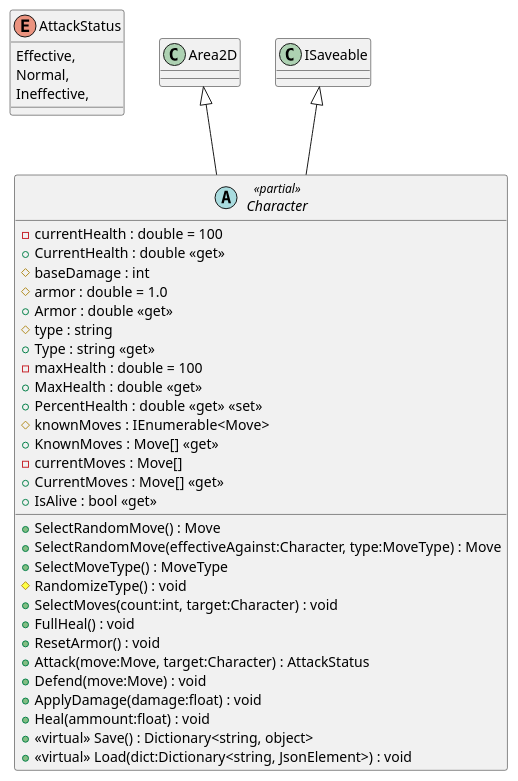
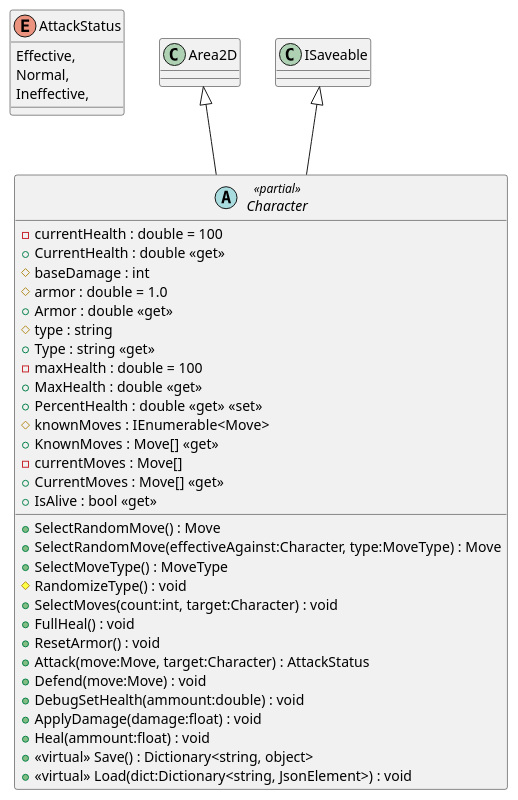
One commit to Leximon-SWE-2025/Leximon changed the diagram in PlantUML/scenes/Character.puml. Above: the diagram before and after it, drawn with PlantUML. The commit also changed 6 other files, not shown here.

Commit message:
update uml

```diff
--- a/PlantUML/scenes/Character.puml
+++ b/PlantUML/scenes/Character.puml
@@ -1,39 +1,40 @@
 @startuml
 enum AttackStatus {
     Effective,
     Normal,
     Ineffective,
 }
 abstract class Character <<partial>> {
     - currentHealth : double = 100
     + CurrentHealth : double <<get>>
     # baseDamage : int
     # armor : double = 1.0
     + Armor : double <<get>>
     # type : string
     + Type : string <<get>>
     - maxHealth : double = 100
     + MaxHealth : double <<get>>
     + PercentHealth : double <<get>> <<set>>
     # knownMoves : IEnumerable<Move>
     + KnownMoves : Move[] <<get>>
     - currentMoves : Move[]
     + CurrentMoves : Move[] <<get>>
     + IsAlive : bool <<get>>
     + SelectRandomMove() : Move
     + SelectRandomMove(effectiveAgainst:Character, type:MoveType) : Move
     + SelectMoveType() : MoveType
     # RandomizeType() : void
     + SelectMoves(count:int, target:Character) : void
     + FullHeal() : void
     + ResetArmor() : void
     + Attack(move:Move, target:Character) : AttackStatus
     + Defend(move:Move) : void
+    + DebugSetHealth(ammount:double) : void
     + ApplyDamage(damage:float) : void
     + Heal(ammount:float) : void
     + <<virtual>> Save() : Dictionary<string, object>
     + <<virtual>> Load(dict:Dictionary<string, JsonElement>) : void
 }
 Area2D <|-- Character
 ISaveable <|-- Character
 @enduml
```
